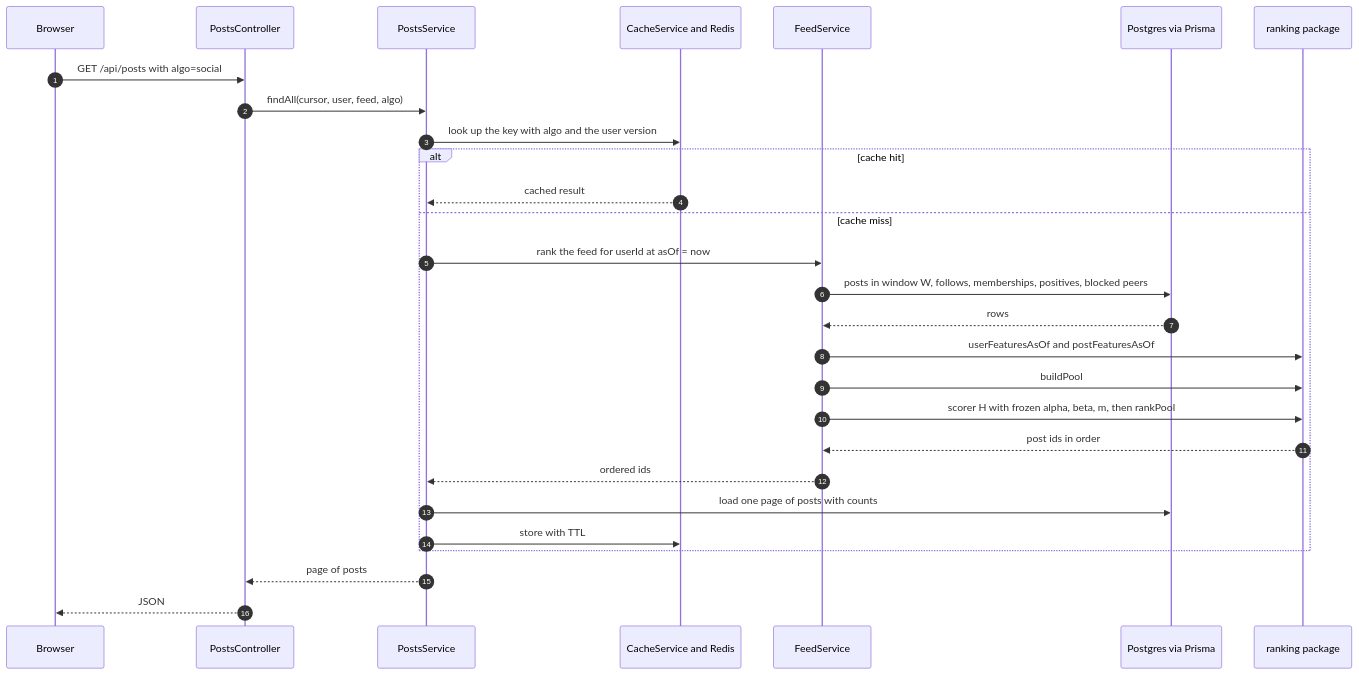
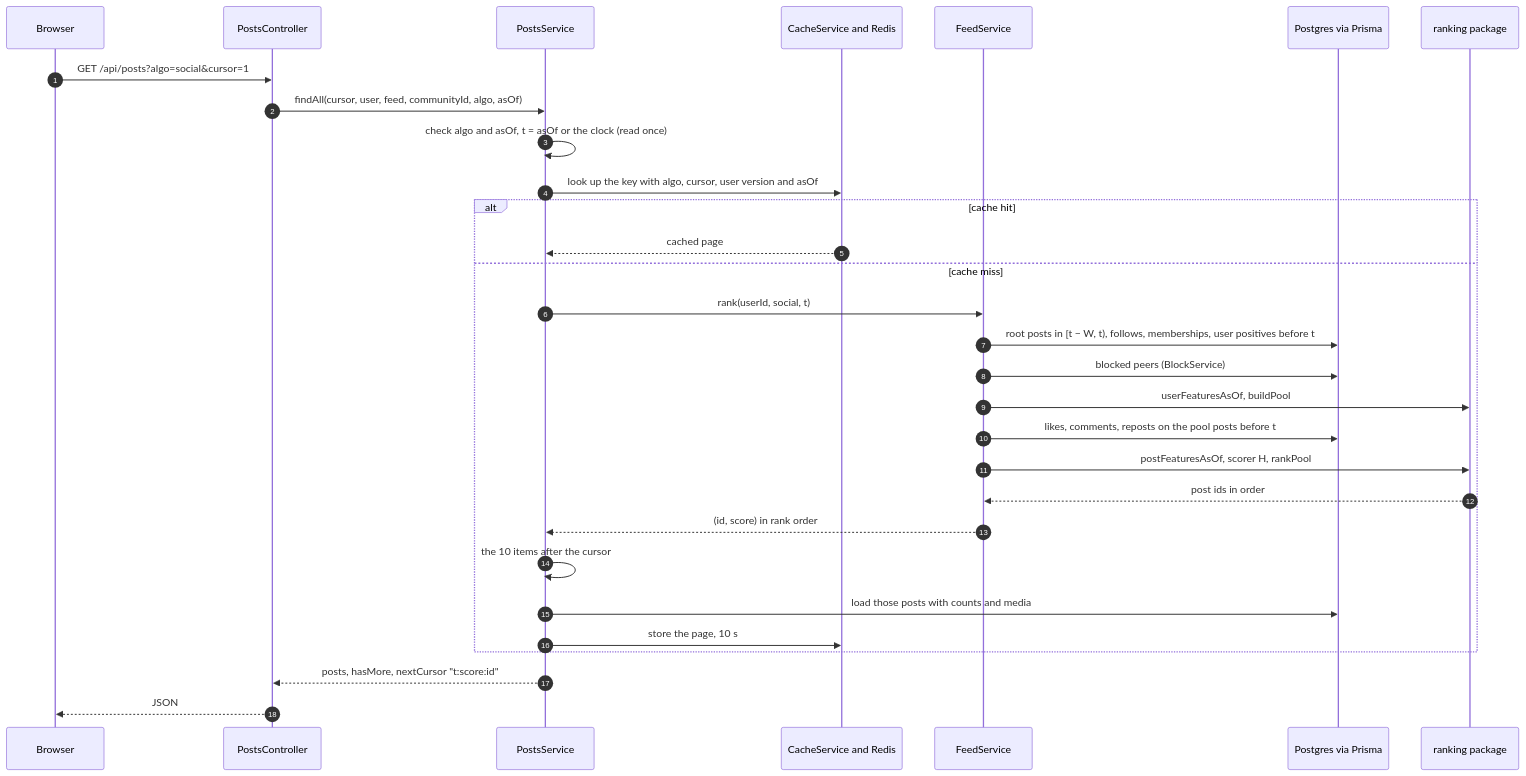
One commit to CaoNgocAnhTuan/Breadit changed the second of 4 diagrams in docs/System_Architecture.md. Above: the diagram before and after it, drawn with Mermaid. The commit also changed other lines of this file and 15 other files, not shown here.

Commit message:
docs: close p6-social-feed

````diff
--- a/docs/System_Architecture.md
+++ b/docs/System_Architecture.md
@@ -261,30 +275,32 @@
 ```mermaid
 sequenceDiagram
     autonumber
     participant B as Browser
     participant C as PostsController
     participant S as PostsService
     participant K as CacheService and Redis
     participant F as FeedService
     participant DB as Postgres via Prisma
     participant R as ranking package
-    B->>C: GET /api/posts with algo=social
-    C->>S: findAll(cursor, user, feed, algo)
-    S->>K: look up the key with algo and the user version
+    B->>C: GET /api/posts?algo=social&cursor=1
+    C->>S: findAll(cursor, user, feed, communityId, algo, asOf)
+    S->>S: check algo and asOf, t = asOf or the clock (read once)
+    S->>K: look up the key with algo, cursor, user version and asOf
     alt cache hit
-        K-->>S: cached result
+        K-->>S: cached page
     else cache miss
-        S->>F: rank the feed for userId at asOf = now
-        F->>DB: posts in window W, follows, memberships, positives, blocked peers
-        DB-->>F: rows
-        F->>R: userFeaturesAsOf and postFeaturesAsOf
-        F->>R: buildPool
-        F->>R: scorer H with frozen alpha, beta, m, then rankPool
+        S->>F: rank(userId, social, t)
+        F->>DB: root posts in [t − W, t), follows, memberships, user positives before t
+        F->>DB: blocked peers (BlockService)
+        F->>R: userFeaturesAsOf, buildPool
+        F->>DB: likes, comments, reposts on the pool posts before t
+        F->>R: postFeaturesAsOf, scorer H, rankPool
         R-->>F: post ids in order
-        F-->>S: ordered ids
-        S->>DB: load one page of posts with counts
-        S->>K: store with TTL
+        F-->>S: (id, score) in rank order
+        S->>S: the 10 items after the cursor
+        S->>DB: load those posts with counts and media
+        S->>K: store the page, 10 s
     end
-    S-->>C: page of posts
+    S-->>C: posts, hasMore, nextCursor "t:score:id"
     C-->>B: JSON
 ```
````
